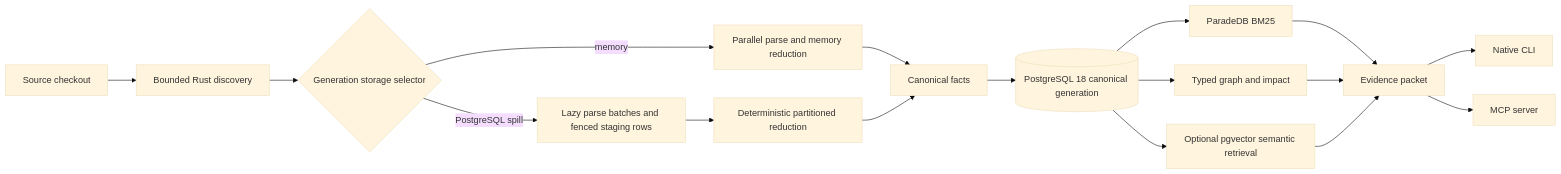
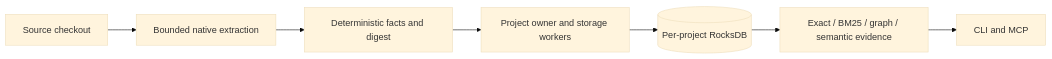
The diagram in README.md (adder-factory/cartograph), drawn with Mermaid (base theme) before and after one commit. The commit also changed other lines of this file and 350 other files, not shown here.

````diff
--- a/README.md
+++ b/README.md
@@ -370,19 +297,9 @@
 ```mermaid
 flowchart LR
-    A[Source checkout] --> B[Bounded Rust discovery]
-    B --> C{Generation storage selector}
-    C -->|memory| D[Parallel parse and memory reduction]
-    C -->|PostgreSQL spill| E[Lazy parse batches and fenced staging rows]
-    E --> F[Deterministic partitioned reduction]
-    D --> G[Canonical facts]
-    F --> G
-    G --> H[(PostgreSQL 18 canonical generation)]
-    H --> I[ParadeDB BM25]
-    H --> J[Typed graph and impact]
-    H --> K[Optional pgvector semantic retrieval]
-    I --> L[Evidence packet]
-    J --> L
-    K --> L
-    L --> M[Native CLI]
-    L --> N[MCP server]
+  Source[Source checkout] --> Extract[Bounded native extraction]
+  Extract --> Reduce[Deterministic facts and digest]
+  Reduce --> Owner[Project owner and storage workers]
+  Owner --> Rocks[(Per-project RocksDB)]
+  Rocks --> Evidence[Exact / BM25 / graph / semantic evidence]
+  Evidence --> Agent[CLI and MCP]
 ```
````
